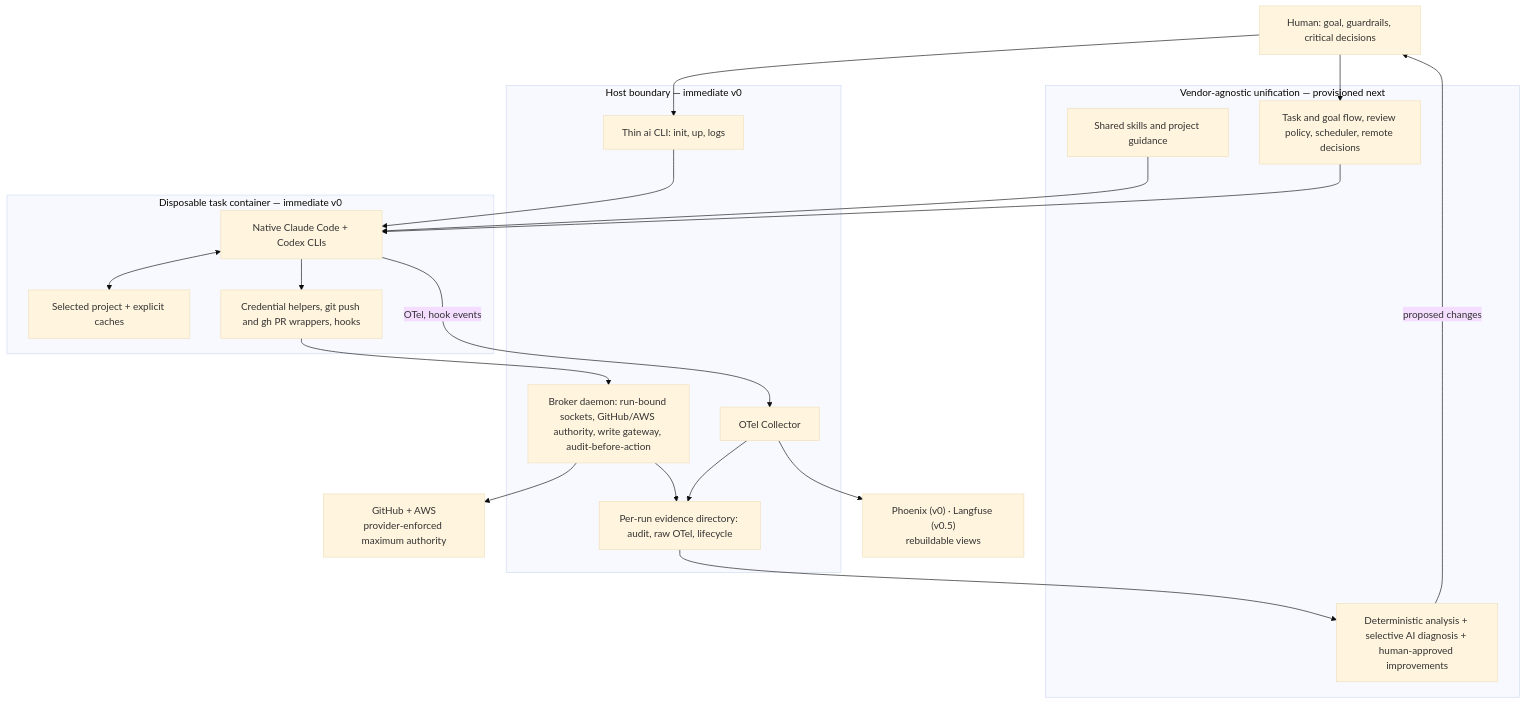
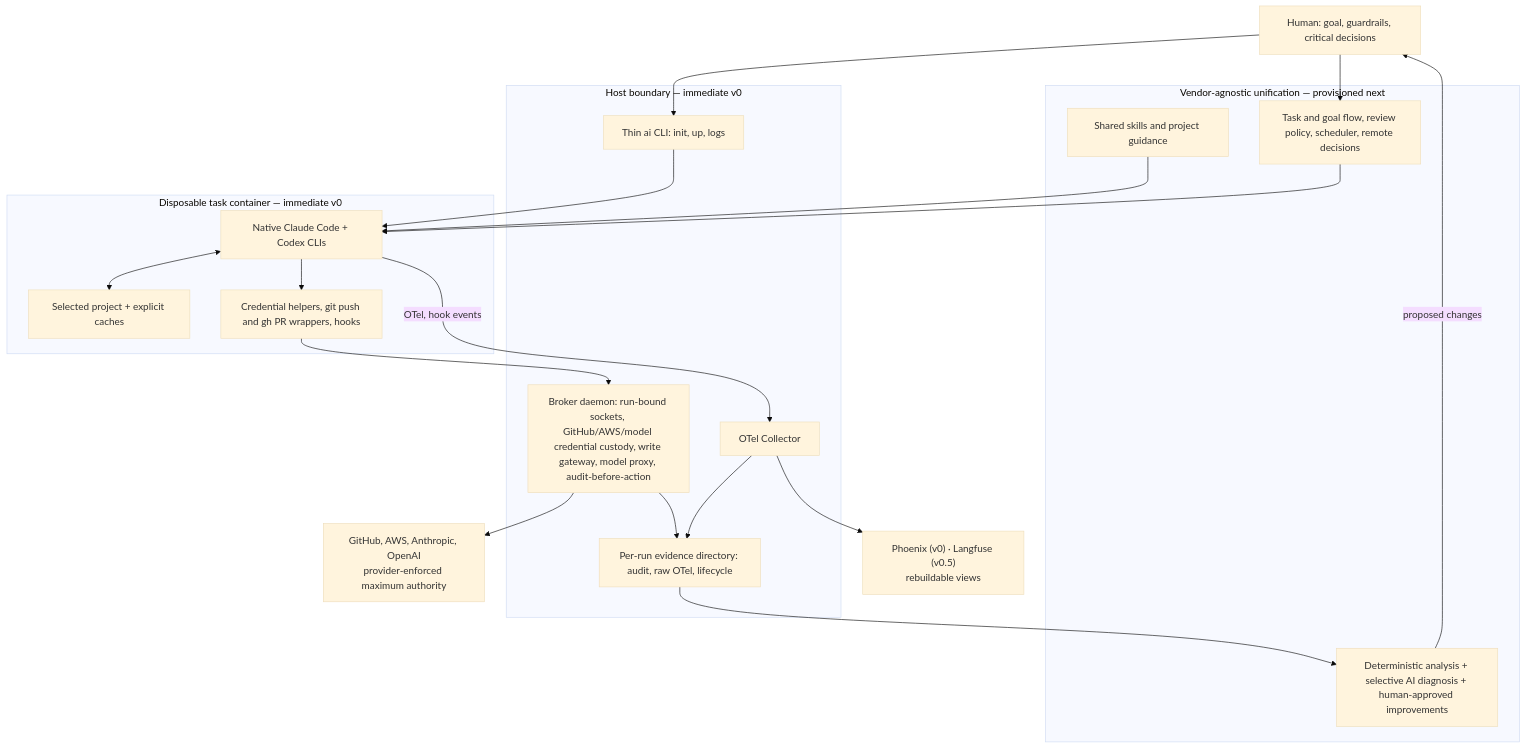
Before and after one commit to maryzam/ai-crew-localdev: the diagram in pivot_proposal.md, drawn with Mermaid (base theme). The commit also changed other lines of this file, not shown here.

Commit message:
Require host custody of model subscription credentials [no-adr]

````diff
--- a/pivot_proposal.md
+++ b/pivot_proposal.md
@@ -67,42 +67,42 @@
 ```mermaid
 flowchart TB
     Human["Human: goal, guardrails, critical decisions"]
 
     subgraph V1["Vendor-agnostic unification — provisioned next"]
         Skills["Shared skills and project guidance"]
         Flow["Task and goal flow, review policy, scheduler, remote decisions"]
         Optimizer["Deterministic analysis + selective AI diagnosis + human-approved improvements"]
     end
 
     subgraph Host["Host boundary — immediate v0"]
         CLI["Thin ai CLI: init, up, logs"]
-        Broker["Broker daemon: run-bound sockets, GitHub/AWS authority, write gateway, audit-before-action"]
+        Broker["Broker daemon: run-bound sockets, GitHub/AWS/model credential custody, write gateway, model proxy, audit-before-action"]
         Collector["OTel Collector"]
         Evidence["Per-run evidence directory: audit, raw OTel, lifecycle"]
     end
 
     subgraph Task["Disposable task container — immediate v0"]
         Agents["Native Claude Code + Codex CLIs"]
         Adapters["Credential helpers, git push and gh PR wrappers, hooks"]
         Project["Selected project + explicit caches"]
     end
 
     Views["Phoenix (v0) · Langfuse (v0.5)<br/>rebuildable views"]
-    Providers["GitHub + AWS<br/>provider-enforced maximum authority"]
+    Providers["GitHub, AWS, Anthropic, OpenAI<br/>provider-enforced maximum authority"]
 
     Human --> CLI
     Human --> Flow
     CLI --> Agents
     Skills --> Agents
     Flow --> Agents
     Agents <--> Project
     Agents --> Adapters
     Adapters --> Broker
     Broker --> Providers
     Agents -->|"OTel, hook events"| Collector
     Collector --> Evidence
     Broker --> Evidence
     Collector --> Views
     Evidence --> Optimizer
     Optimizer -->|"proposed changes"| Human
 ```
````
